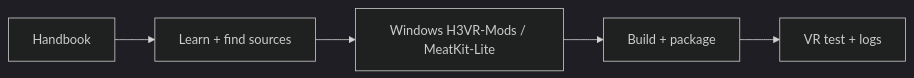
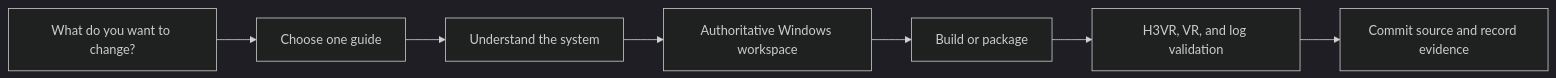
One commit to haohlin/H3VR-modding-handbook changed the diagram in README.md. Above: the diagram before and after it, drawn with Mermaid (dark theme). The commit also changed other lines of this file and 5 other files, not shown here.

````diff
--- a/README.md
+++ b/README.md
@@ -32,7 +26,9 @@
-~~~mermaid
+```mermaid
 flowchart LR
-  handbook[Handbook] --> learn[Learn + find sources]
-  learn --> windows[Windows H3VR-Mods / MeatKit-Lite]
-  windows --> build[Build + package]
-  build --> vr[VR test + logs]
-~~~
+  question[What do you want to change?] --> route[Choose one guide]
+  route --> model[Understand the system]
+  model --> windows[Authoritative Windows workspace]
+  windows --> package[Build or package]
+  package --> verify[H3VR, VR, and log validation]
+  verify --> evidence[Commit source and record evidence]
+```
````
